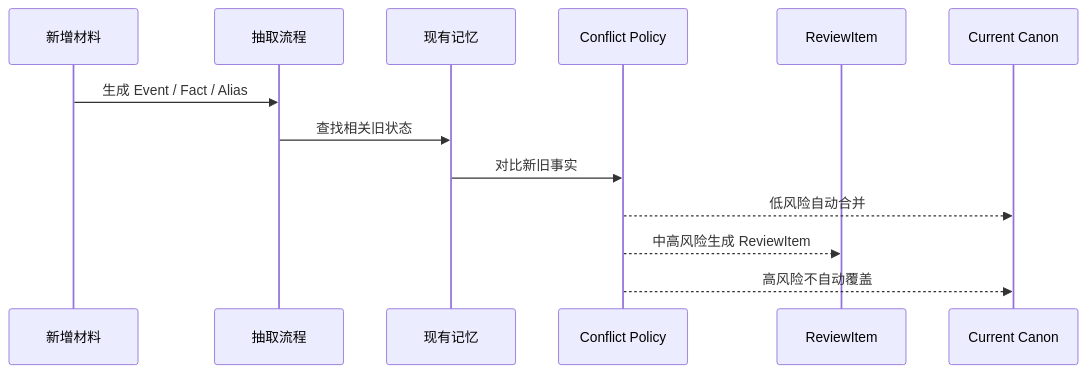
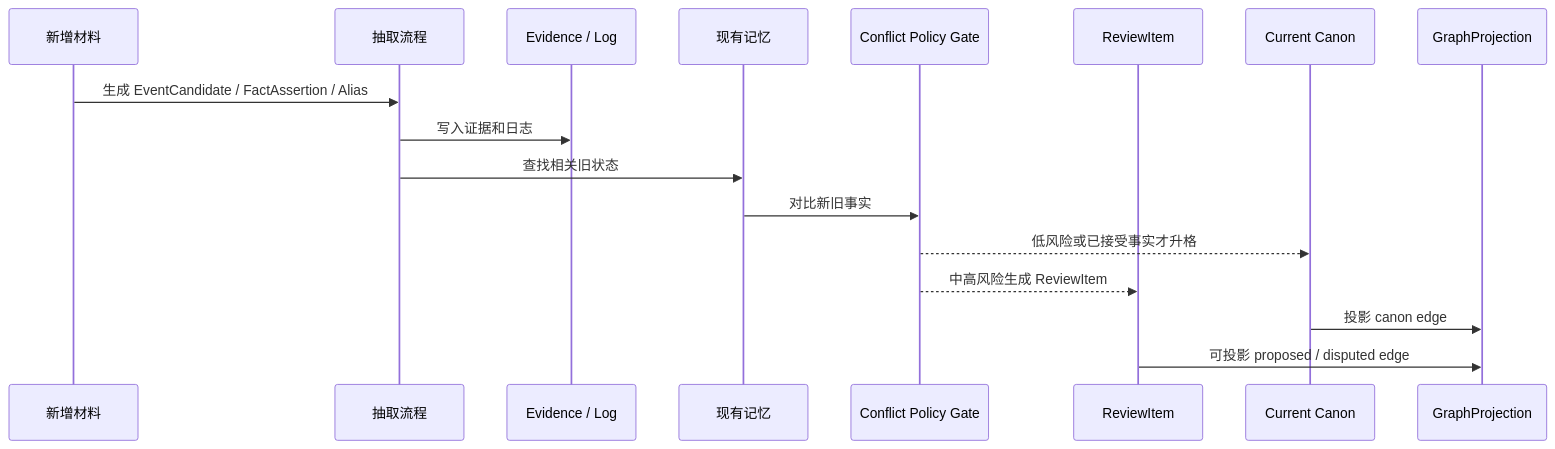
The fourth of 5 diagrams in goals/18-conflict-policy.md (FrankQDWang/sextantlabs), drawn with Mermaid before and after one commit. The commit also changed other lines of this file, not shown here.

Commit message:
Clarify review item lifecycle and canon promotion gate

````diff
--- a/goals/18-conflict-policy.md
+++ b/goals/18-conflict-policy.md
@@ -119,16 +168,20 @@
 ```mermaid
 sequenceDiagram
     participant Delta as 新增材料
     participant Extract as 抽取流程
+    participant Log as Evidence / Log
     participant Memory as 现有记忆
-    participant Policy as Conflict Policy
+    participant Policy as Conflict Policy Gate
     participant Review as ReviewItem
     participant Canon as Current Canon
+    participant Graph as GraphProjection
 
-    Delta->>Extract: 生成 Event / Fact / Alias
+    Delta->>Extract: 生成 EventCandidate / FactAssertion / Alias
+    Extract->>Log: 写入证据和日志
     Extract->>Memory: 查找相关旧状态
     Memory->>Policy: 对比新旧事实
-    Policy-->>Canon: 低风险自动合并
+    Policy-->>Canon: 低风险或已接受事实才升格
     Policy-->>Review: 中高风险生成 ReviewItem
-    Policy-->>Canon: 高风险不自动覆盖
+    Canon->>Graph: 投影 canon edge
+    Review->>Graph: 可投影 proposed / disputed edge
 ```
````
